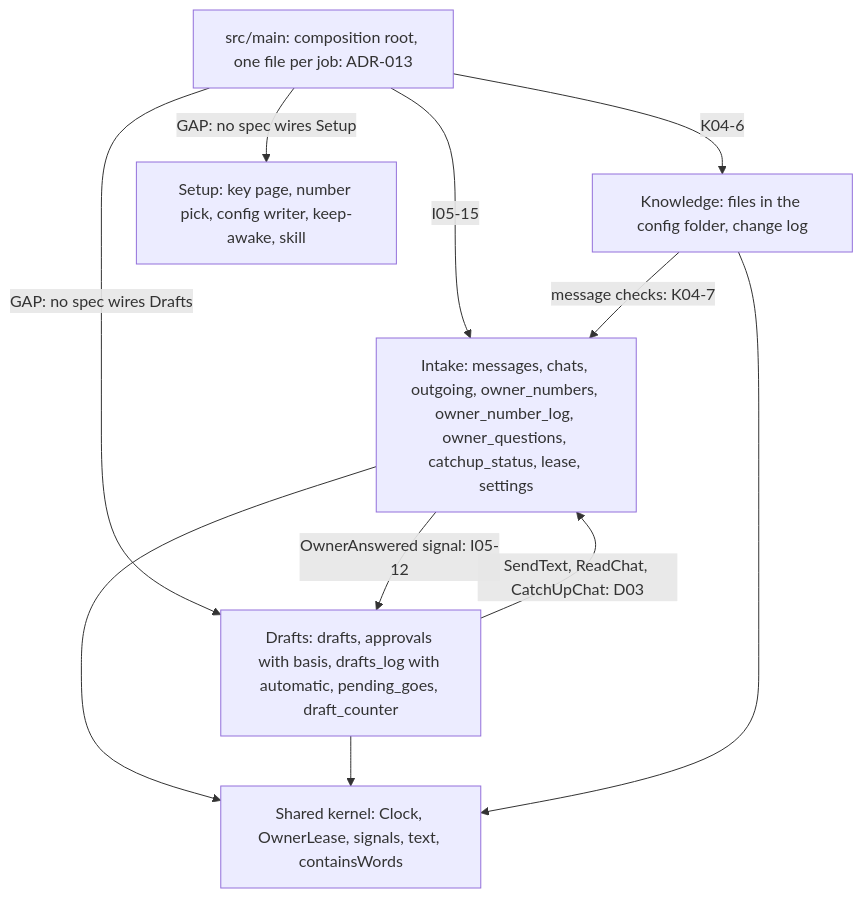
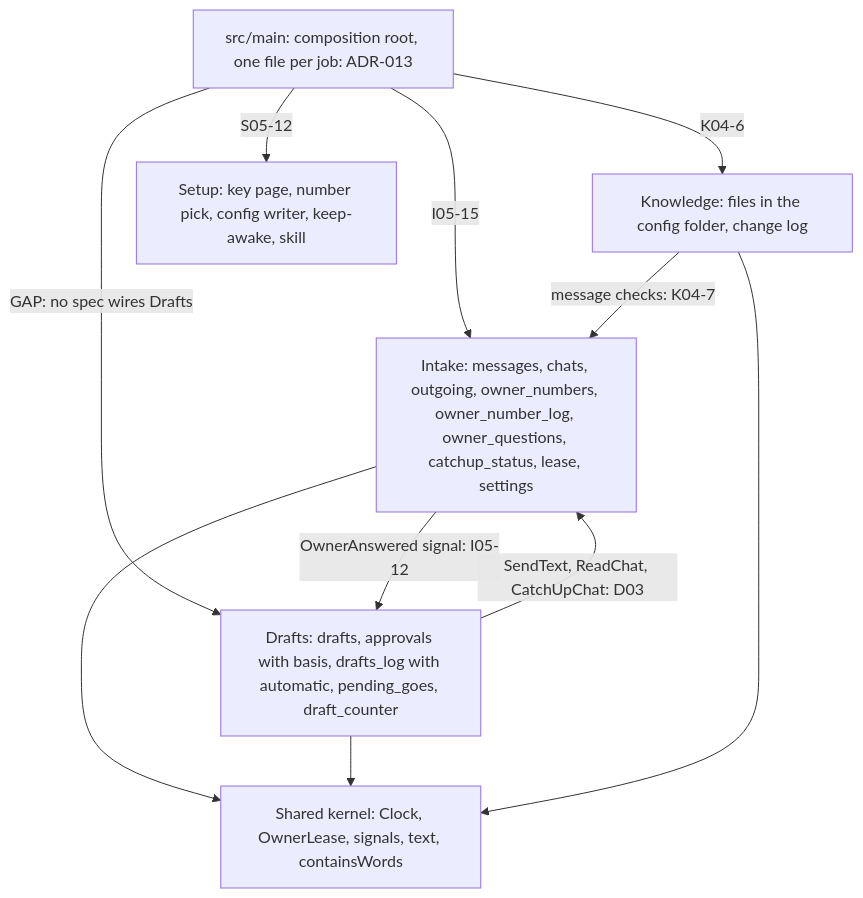
The second of 15 diagrams in docs/tp-detail/TP-pilot-end-to-end.md (antonygiomarxdev/deputy), drawn with Mermaid before and after one commit. The commit also changed other lines of this file, not shown here.

Commit message:
docs: drop the GAP marks that merged specs closed

````diff
--- a/docs/tp-detail/TP-pilot-end-to-end.md
+++ b/docs/tp-detail/TP-pilot-end-to-end.md
@@ -61,19 +61,19 @@
 ```mermaid
 flowchart TD
   Root["src/main: composition root, one file per job: ADR-013"]
   Intake["Intake: messages, chats, outgoing, owner_numbers, owner_number_log, owner_questions, catchup_status, lease, settings"]
   Drafts["Drafts: drafts, approvals with basis, drafts_log with automatic, pending_goes, draft_counter"]
   Know["Knowledge: files in the config folder, change log"]
   Setup["Setup: key page, number pick, config writer, keep-awake, skill"]
   Shared["Shared kernel: Clock, OwnerLease, signals, text, containsWords"]
   Root -->|"I05-15"| Intake
   Root -->|"GAP: no spec wires Drafts"| Drafts
   Root -->|"K04-6"| Know
-  Root -->|"GAP: no spec wires Setup"| Setup
+  Root -->|"S05-12"| Setup
   Drafts -->|"SendText, ReadChat, CatchUpChat: D03"| Intake
   Intake -->|"OwnerAnswered signal: I05-12"| Drafts
   Know -->|"message checks: K04-7"| Intake
   Intake --> Shared
   Drafts --> Shared
   Know --> Shared
 ```
````
